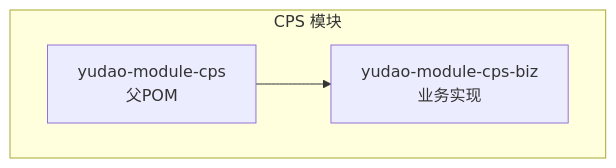
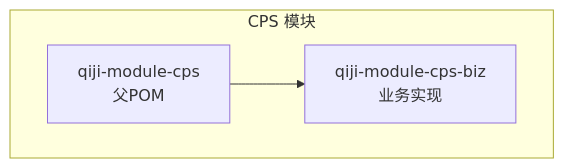
The first of 6 diagrams in backend/.qoder/repowiki/zh/content/系统架构设计/数据流设计.md (zhuangpengLI/AgenticCPS), drawn with Mermaid before and after one commit. The commit also changed other lines of this file and 3489 other files, not shown here.

````diff
--- a/backend/.qoder/repowiki/zh/content/系统架构设计/数据流设计.md
+++ b/backend/.qoder/repowiki/zh/content/系统架构设计/数据流设计.md
@@ -38,8 +38,8 @@
 ```mermaid
 graph TB
 subgraph "CPS 模块"
-A["yudao-module-cps<br/>父POM"]
-B["yudao-module-cps-biz<br/>业务实现"]
+A["qiji-module-cps<br/>父POM"]
+B["qiji-module-cps-biz<br/>业务实现"]
 end
 A --> B
 ```
````
